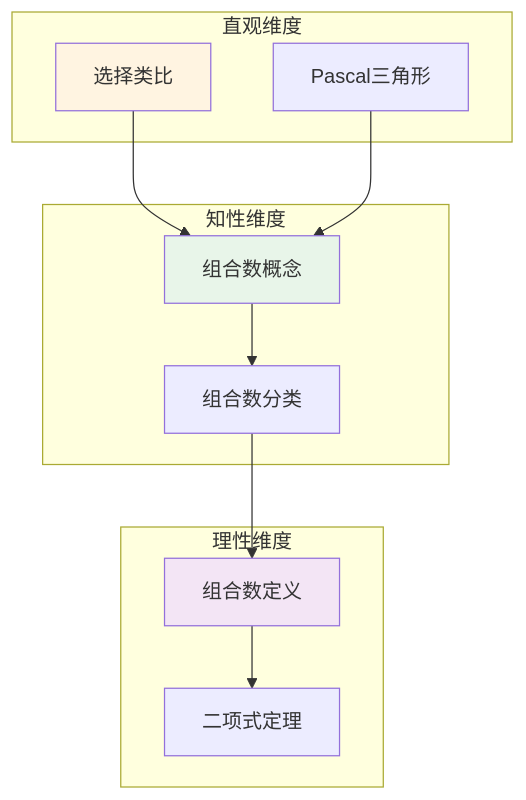
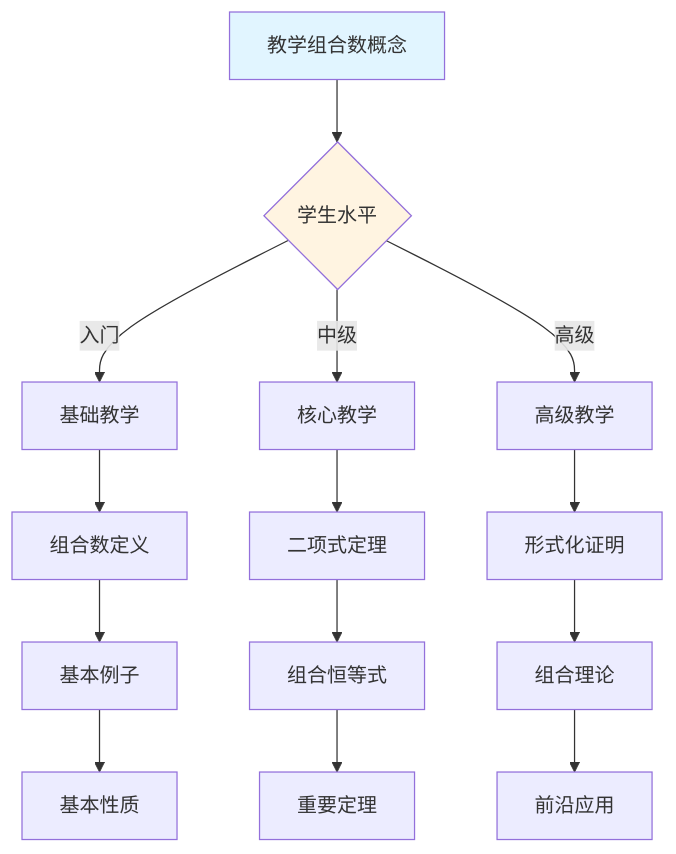
Before and after one commit to AdaMartin18010/FormalMath: the tenth of 10 diagrams in concept/核心概念/30-组合数.md, drawn with Mermaid. The commit also changed other lines of this file and 4793 other files, not shown here.

````diff
--- a/concept/核心概念/30-组合数.md
+++ b/concept/核心概念/30-组合数.md
@@ -764,27 +2499,22 @@
 ```mermaid
-graph TB
-    subgraph 直观维度
-        A1[选择类比]
-        A2[Pascal三角形]
-    end
+graph TD
+    A[教学组合数概念] --> B{学生水平}
+    B -->|入门| C[基础教学]
+    B -->|中级| D[核心教学]
+    B -->|高级| E[高级教学]
 
-    subgraph 知性维度
-        B1[组合数概念]
-        B2[组合数分类]
-    end
+    C --> C1[组合数定义]
+    C1 --> C2[基本例子]
+    C2 --> C3[基本性质]
 
-    subgraph 理性维度
-        C1[组合数定义]
-        C2[二项式定理]
-    end
+    D --> D1[二项式定理]
+    D1 --> D2[组合恒等式]
+    D2 --> D3[重要定理]
 
-    A1 --> B1
-    A2 --> B1
-    B1 --> B2
-    B2 --> C1
-    C1 --> C2
+    E --> E1[形式化证明]
+    E1 --> E2[组合理论]
+    E2 --> E3[前沿应用]
 
-    style A1 fill:#fff4e1
-    style B1 fill:#e8f5e9
-    style C1 fill:#f3e5f5
+    style A fill:#e1f5ff
+    style B fill:#fff4e1
 ```
````
